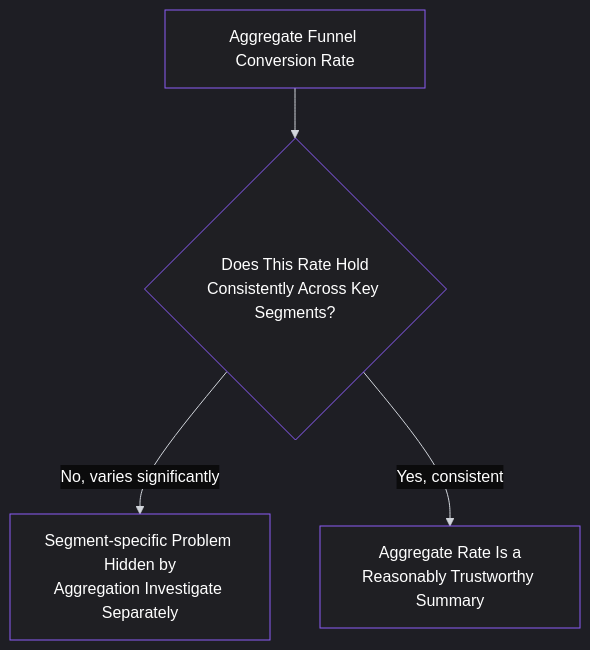
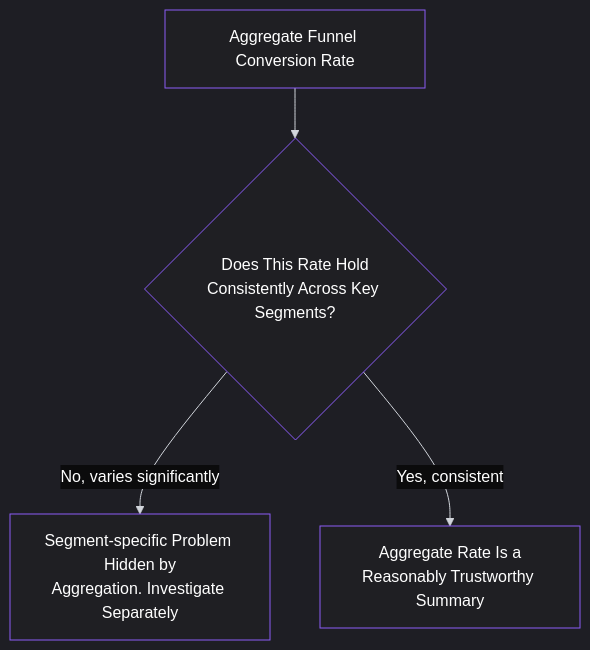
The second of 3 diagrams in content/lessons/lesson-043.md (pmacademy-app/web), drawn with Mermaid before and after one commit. The commit also changed other lines of this file and 275 other files, not shown here.

````diff
--- a/content/lessons/lesson-043.md
+++ b/content/lessons/lesson-043.md
@@ -106,36 +106,36 @@
 ```mermaid
 %%{init: {
   "theme": "dark",
   "themeVariables": {
     "background": "#0b0b0c",
     "primaryColor": "#1f1f23",
     "primaryTextColor": "#ffffff",
     "primaryBorderColor": "#8b5cf6",
     "lineColor": "#d1d5db",
     "secondaryColor": "#18181b",
     "tertiaryColor": "#111111",
     "mainBkg": "#1f1f23",
     "nodeBorder": "#8b5cf6",
     "clusterBkg": "#000000",
     "clusterBorder": "#27272a",
     "titleColor": "#ffffff",
     "edgeLabelBackground": "#0b0b0c",
     "nodeTextColor": "#ffffff",
     "edgeLabelColor": "#ffffff",
     "actorBorder": "#8b5cf6",
     "actorBkg": "#1f1f23",
     "actorTextColor": "#ffffff",
     "sequenceNumberColor": "#ffffff",
     "signalColor": "#8b5cf6",
     "signalTextColor": "#ffffff",
     "textColor": "#ffffff",
     "classText": "#ffffff",
     "classBorder": "#8b5cf6",
     "classBkg": "#1f1f23"
   }
 }}%%
 graph TD
     A[Aggregate Funnel Conversion Rate] --> B{Does This Rate Hold<br/>Consistently Across Key Segments?}
-    B -->|No, varies significantly| C[Segment-specific Problem Hidden by<br/>Aggregation Investigate Separately]
+    B -->|No, varies significantly| C[Segment-specific Problem Hidden by<br/>Aggregation. Investigate Separately]
     B -->|Yes, consistent| D[Aggregate Rate Is a<br/>Reasonably Trustworthy Summary]
 ```
````
